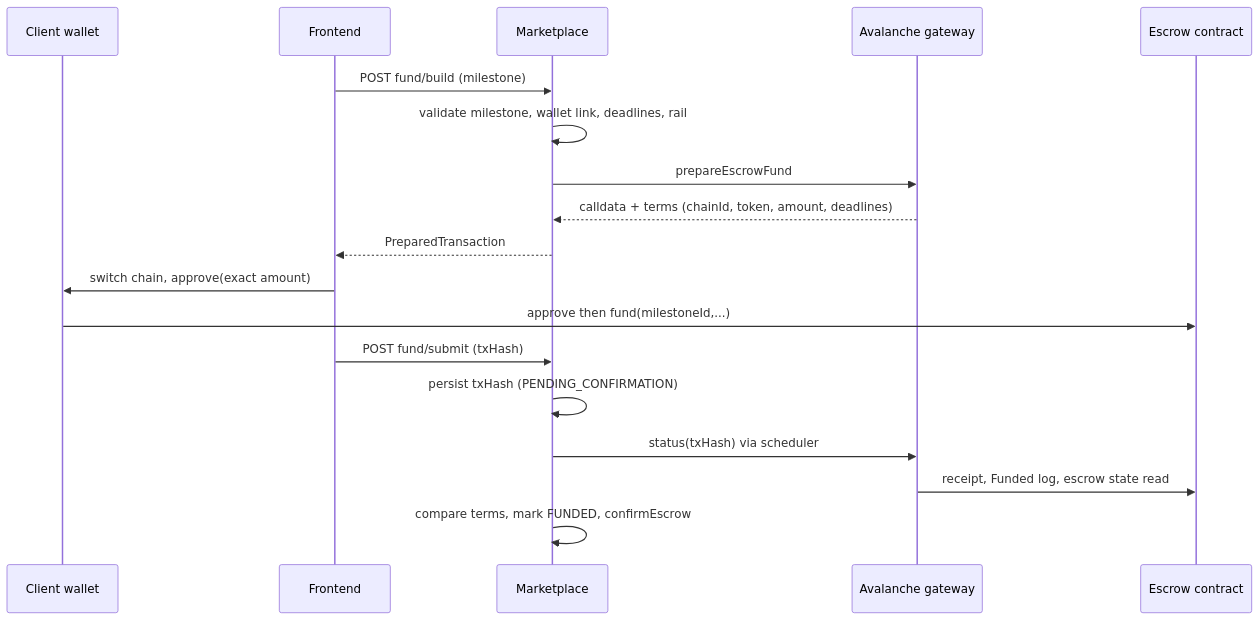
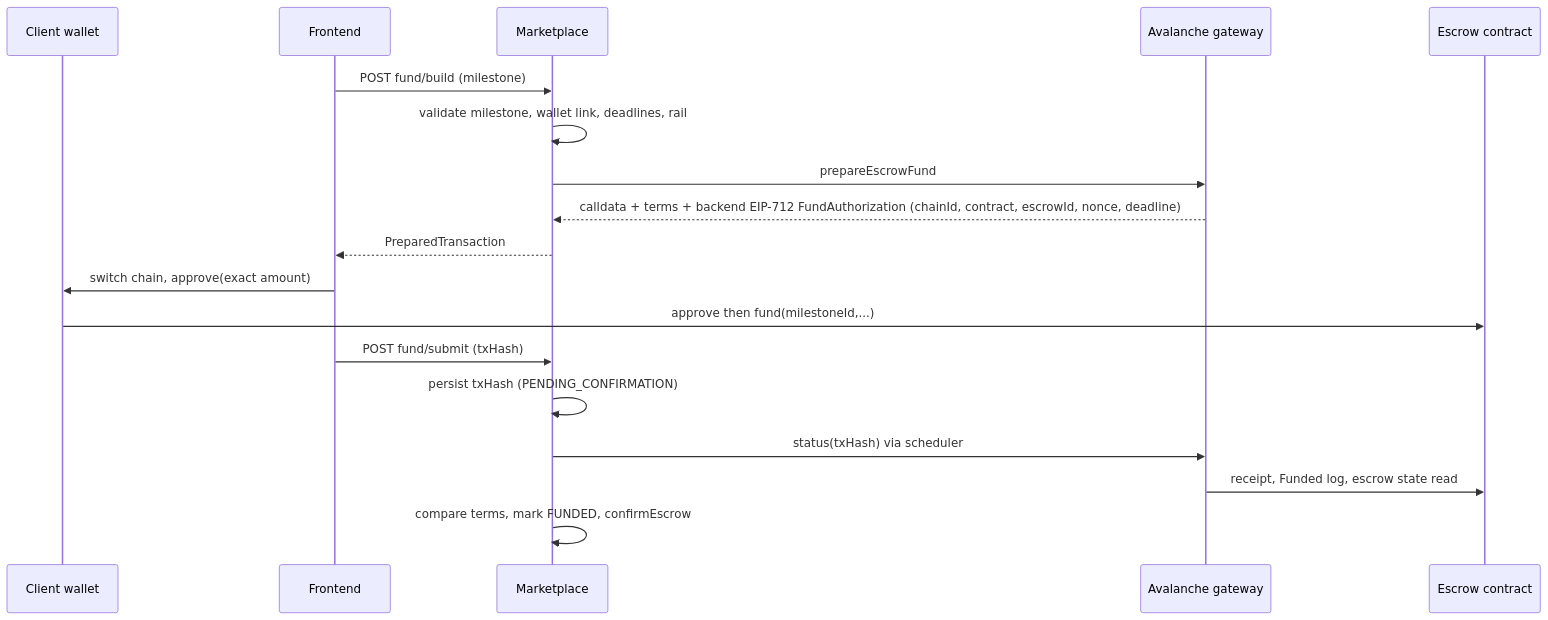
One commit to TronkIshere/FreelaX changed the third of 7 diagrams in docs/avalanche-migration/03-target-architecture.md. Above: the diagram before and after it, drawn with Mermaid. The commit also changed other lines of this file and 8 other files, not shown here.

````diff
--- a/docs/avalanche-migration/03-target-architecture.md
+++ b/docs/avalanche-migration/03-target-architecture.md
@@ -80,20 +80,20 @@
 ```mermaid
 sequenceDiagram
   participant U as Client wallet
   participant FE as Frontend
   participant M as Marketplace
   participant A as Avalanche gateway
   participant E as Escrow contract
   FE->>M: POST fund/build (milestone)
   M->>M: validate milestone, wallet link, deadlines, rail
   M->>A: prepareEscrowFund
-  A-->>M: calldata + terms (chainId, token, amount, deadlines)
+  A-->>M: calldata + terms + backend EIP-712 FundAuthorization (chainId, contract, escrowId, nonce, deadline)
   M-->>FE: PreparedTransaction
   FE->>U: switch chain, approve(exact amount)
   U->>E: approve then fund(milestoneId,...)
   FE->>M: POST fund/submit (txHash)
   M->>M: persist txHash (PENDING_CONFIRMATION)
   M->>A: status(txHash) via scheduler
   A->>E: receipt, Funded log, escrow state read
   M->>M: compare terms, mark FUNDED, confirmEscrow
 ```
````
